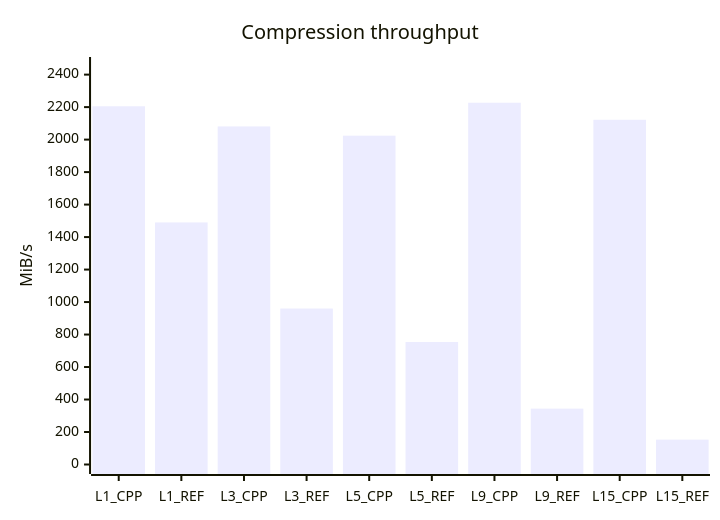
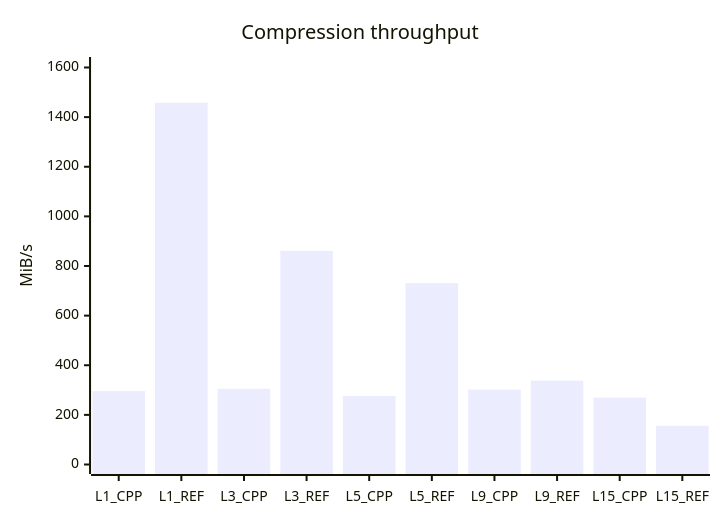
One commit to mheyman/zstdpp changed the second of 7 diagrams in README.md. Above: the diagram before and after it, drawn with Mermaid. The commit also changed other lines of this file, not shown here.

````diff
--- a/README.md
+++ b/README.md
@@ -125,7 +134,7 @@
 ```mermaid
 xychart-beta
     title "Compression throughput"
     x-axis [L1_CPP, L1_REF, L3_CPP, L3_REF, L5_CPP, L5_REF, L9_CPP, L9_REF, L15_CPP, L15_REF]
-    y-axis "MiB/s" 0 --> 2450
-    bar [2205, 1490, 2081, 960, 2024, 754, 2227, 344, 2122, 153]
+    y-axis "MiB/s" 0 --> 1604
+    bar [296, 1458, 305, 861, 276, 731, 302, 338, 270, 156]
 ```
````
